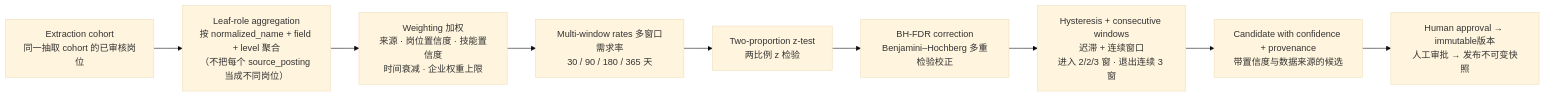
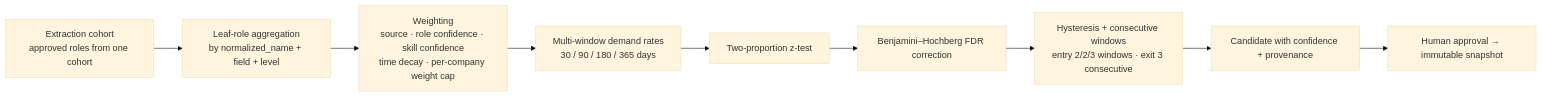
Before and after one commit to Hanwen-Tao/project-portfolio: the second of 4 diagrams in docs/01-artifex.md, drawn with Mermaid (base theme). The commit also changed other lines of this file and 11 other files, not shown here.

````diff
--- a/docs/01-artifex.md
+++ b/docs/01-artifex.md
@@ -115,11 +112,11 @@
 ```mermaid
 flowchart LR
-    A["Extraction cohort<br/>同一抽取 cohort 的已审核岗位"] --> B["Leaf-role aggregation<br/>按 normalized_name + field + level 聚合<br/>（不把每个 source_posting 当成不同岗位）"]
-    B --> C["Weighting 加权<br/>来源 · 岗位置信度 · 技能置信度<br/>时间衰减 · 企业权重上限"]
-    C --> D["Multi-window rates 多窗口需求率<br/>30 / 90 / 180 / 365 天"]
-    D --> E["Two-proportion z-test<br/>两比例 z 检验"]
-    E --> F["BH-FDR correction<br/>Benjamini–Hochberg 多重检验校正"]
-    F --> G["Hysteresis + consecutive windows<br/>迟滞 + 连续窗口<br/>进入 2/2/3 窗 · 退出连续 3 窗"]
-    G --> H["Candidate with confidence + provenance<br/>带置信度与数据来源的候选"]
-    H --> I["Human approval → immutable版本<br/>人工审批 → 发布不可变快照"]
+    A["Extraction cohort<br/>approved roles from one cohort"] --> B["Leaf-role aggregation<br/>by normalized_name + field + level"]
+    B --> C["Weighting<br/>source · role confidence · skill confidence<br/>time decay · per-company weight cap"]
+    C --> D["Multi-window demand rates<br/>30 / 90 / 180 / 365 days"]
+    D --> E["Two-proportion z-test"]
+    E --> F["Benjamini–Hochberg FDR correction"]
+    F --> G["Hysteresis + consecutive windows<br/>entry 2/2/3 windows · exit 3 consecutive"]
+    G --> H["Candidate with confidence + provenance"]
+    H --> I["Human approval → immutable snapshot"]
 ```
````
